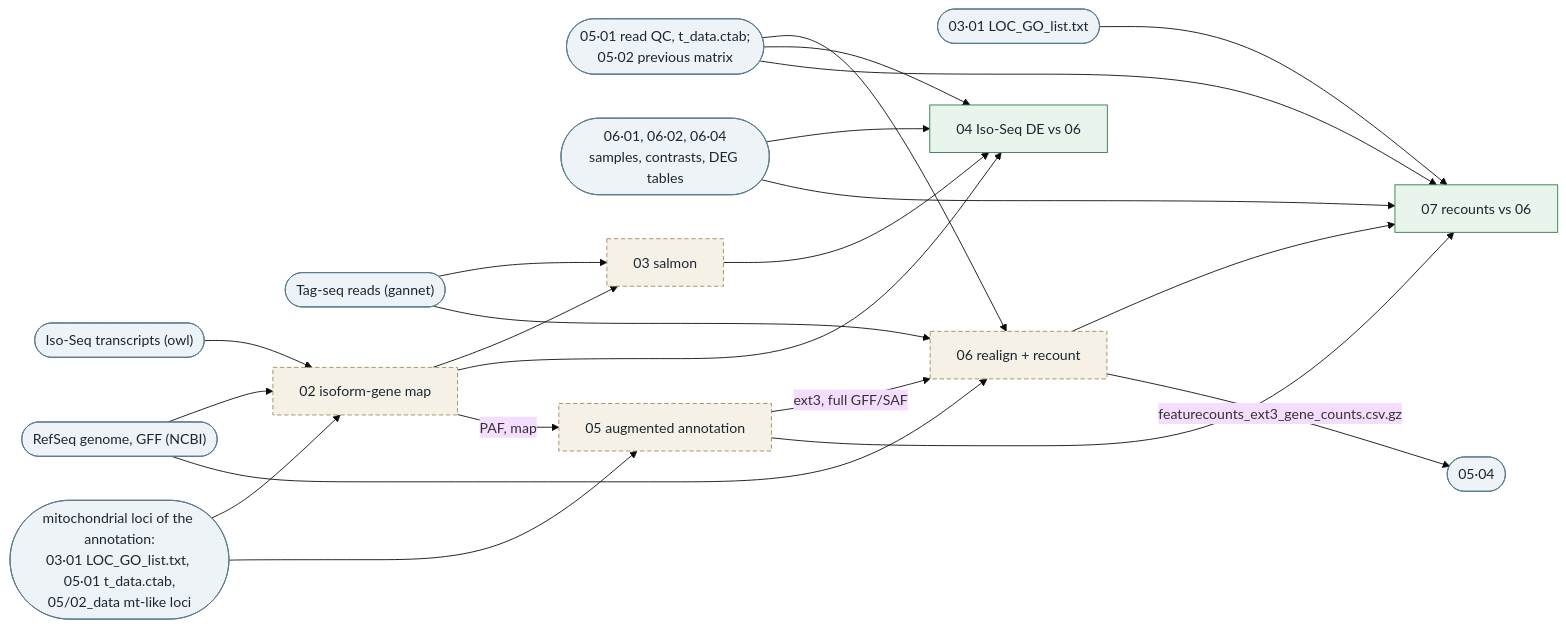
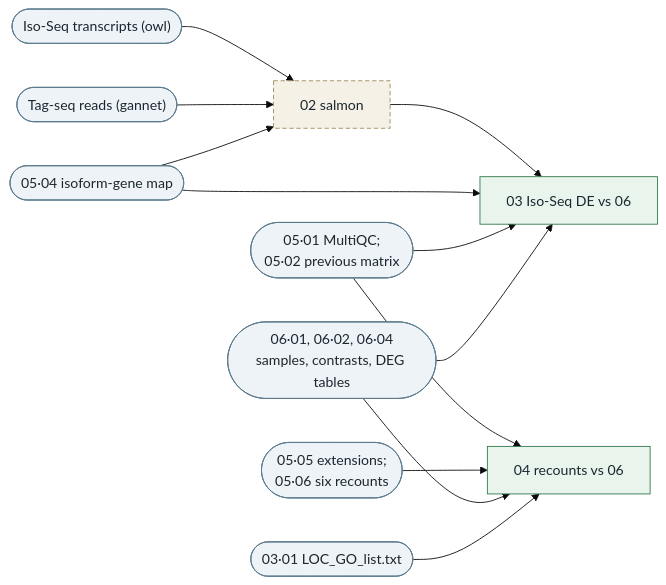
The fourth of 9 diagrams in README.md (mattgeorgephd/PSMFC-mytilus-byssus-pilot), drawn with Mermaid (base theme) before and after one commit. The commit also changed other lines of this file and 109 other files, not shown here.

First line of the commit message:
Move the count-building steps into 05_sequence-alignment

````diff
--- a/README.md
+++ b/README.md
@@ -240,40 +241,29 @@
 ```mermaid
 flowchart LR
   iso(["Iso-Seq transcripts (owl)"])
-  ncbi(["RefSeq genome, GFF (NCBI)"])
   reads(["Tag-seq reads (gannet)"])
-  f05(["05·01 read QC, t_data.ctab;<br>05·02 previous matrix"])
-  mt(["mitochondrial loci of the annotation:<br>03·01 LOC_GO_list.txt, 05·01 t_data.ctab,<br>05/02_data mt-like loci"])
+  m4(["05·04 isoform-gene map"])
+  m56(["05·05 extensions;<br>05·06 six recounts"])
+  f05(["05·01 MultiQC;<br>05·02 previous matrix"])
   d06(["06·01, 06·02, 06·04<br>samples, contrasts, DEG tables"])
   b1(["03·01 LOC_GO_list.txt"])
-  i2["02 isoform-gene map"]
-  i3["03 salmon"]
-  i4["04 Iso-Seq DE vs 06"]
-  i5["05 augmented annotation"]
-  i6["06 realign + recount"]
-  i7["07 recounts vs 06"]
+  i2["02 salmon"]
+  i3["03 Iso-Seq DE vs 06"]
+  i4["04 recounts vs 06"]
   iso --> i2
-  ncbi --> i2
-  mt --> i2
-  mt --> i5
-  i2 --> i3 --> i4
-  i2 --> i4
-  i2 -- "PAF, map" --> i5 -- "ext3, full GFF/SAF" --> i6 --> i7
-  i5 --> i7
-  reads --> i3
-  reads --> i6
-  ncbi --> i6
-  f05 --> i6
+  reads --> i2
+  m4 --> i2 --> i3
+  m4 --> i3
+  f05 --> i3
   f05 --> i4
-  f05 --> i7
+  m56 --> i4
+  d06 --> i3
   d06 --> i4
-  d06 --> i7
-  b1 --> i7
-  i6 -- "featurecounts_ext3_gene_counts.csv.gz" --> a4(["05·04"])
+  b1 --> i4
   classDef ext fill:#eef3f7,stroke:#5b7a8c,color:#1b2730
   classDef off fill:#f6f1e6,stroke:#a08a5a,stroke-dasharray:5 3,color:#1b2730
   classDef run fill:#e8f4ec,stroke:#2f7a4a,color:#1b2730
-  class iso,ncbi,reads,f05,mt,d06,b1,a4 ext
-  class i2,i3,i5,i6 off
-  class i4,i7 run
+  class iso,reads,m4,m56,f05,d06,b1 ext
+  class i2 off
+  class i3,i4 run
 ```
````
